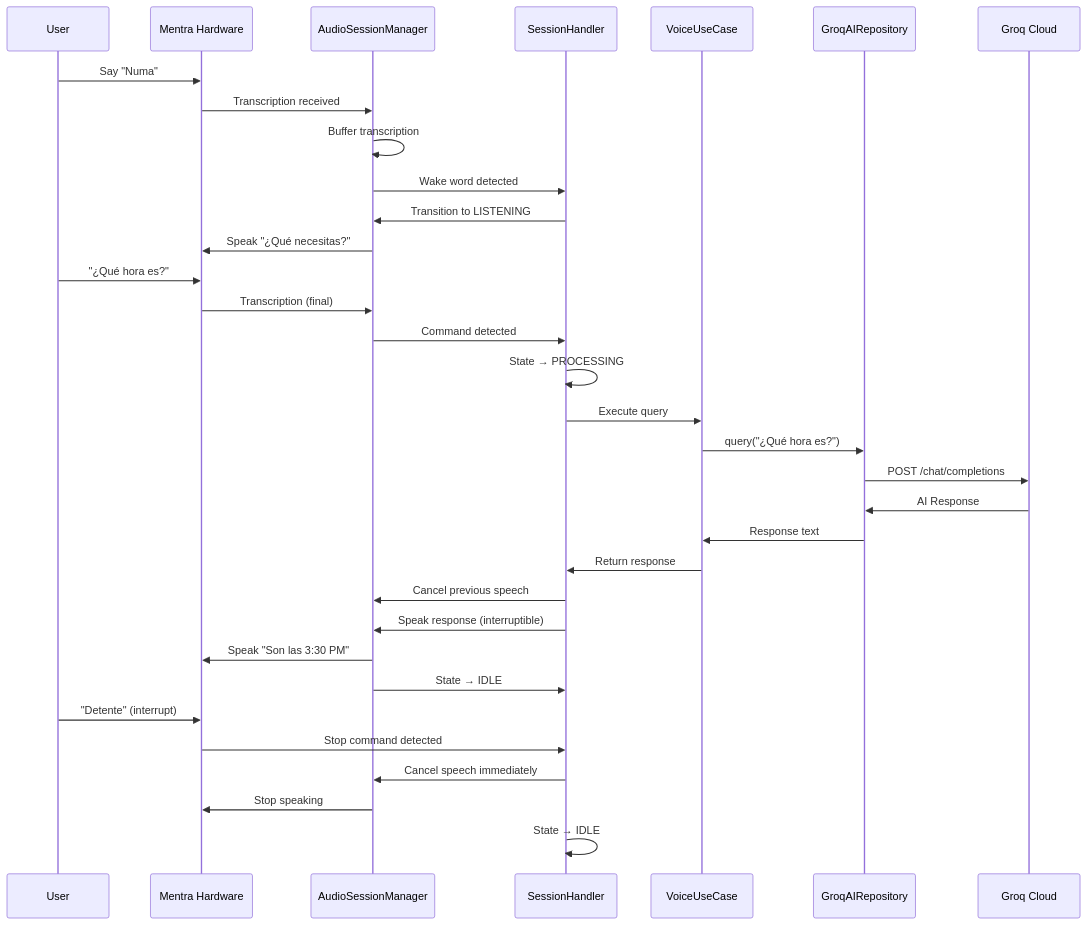
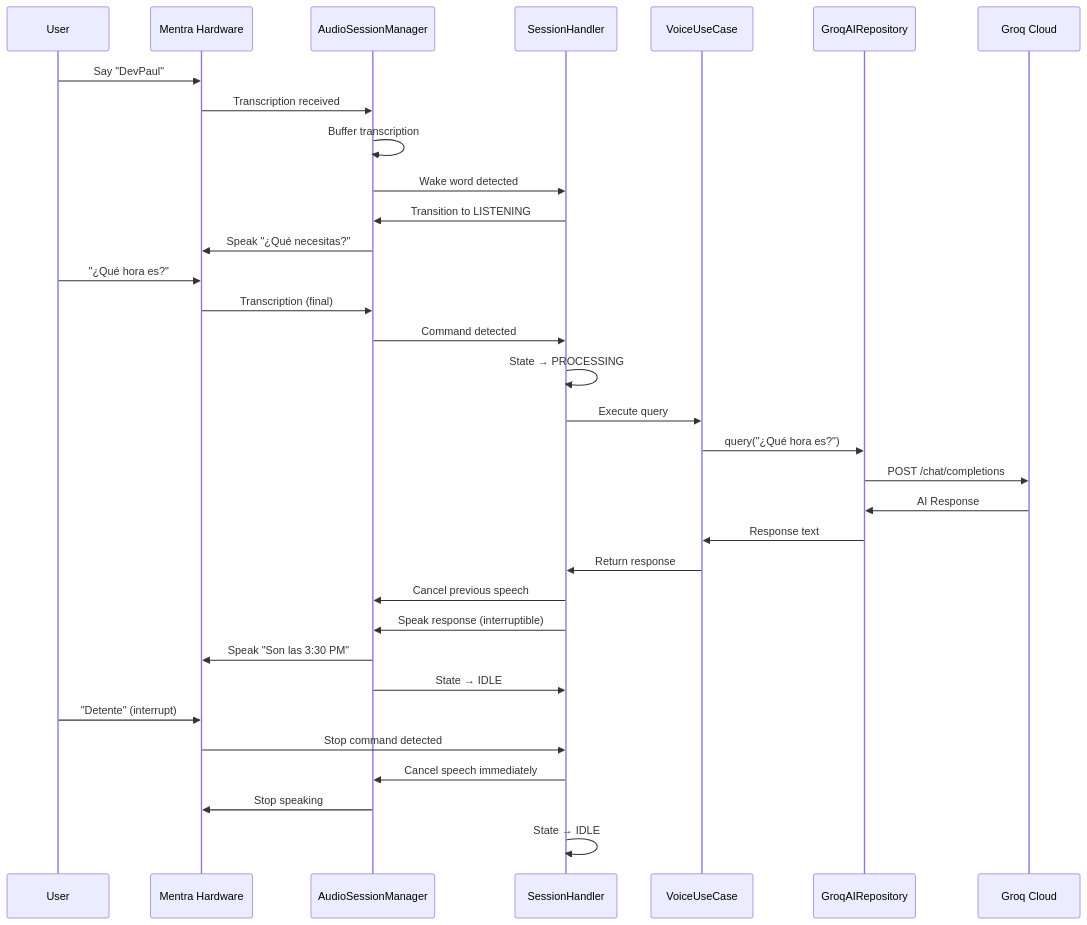
Before and after one commit to paulmrg-461/mentra_devpaul_ai: the third of 7 diagrams in ARCHITECTURE.md, drawn with Mermaid. The commit also changed other lines of this file and 12 other files, not shown here.

````diff
--- a/ARCHITECTURE.md
+++ b/ARCHITECTURE.md
@@ -77,41 +77,41 @@
 ```mermaid
 sequenceDiagram
     participant U as User
     participant HW as Mentra Hardware
     participant ASM as AudioSessionManager
     participant SH as SessionHandler
     participant VC as VoiceUseCase
     participant GRQ as GroqAIRepository
     participant API as Groq Cloud
     
-    U->>HW: Say "Numa"
+    U->>HW: Say "DevPaul"
     HW->>ASM: Transcription received
     ASM->>ASM: Buffer transcription
     ASM->>SH: Wake word detected
     
     SH->>ASM: Transition to LISTENING
     ASM->>HW: Speak "¿Qué necesitas?"
     
     U->>HW: "¿Qué hora es?"
     HW->>ASM: Transcription (final)
     ASM->>SH: Command detected
     
     SH->>SH: State → PROCESSING
     SH->>VC: Execute query
     VC->>GRQ: query("¿Qué hora es?")
     GRQ->>API: POST /chat/completions
     API->>GRQ: AI Response
     GRQ->>VC: Response text
     VC->>SH: Return response
     
     SH->>ASM: Cancel previous speech
     SH->>ASM: Speak response (interruptible)
     ASM->>HW: Speak "Son las 3:30 PM"
     ASM->>SH: State → IDLE
     
     U->>HW: "Detente" (interrupt)
     HW->>SH: Stop command detected
     SH->>ASM: Cancel speech immediately
     ASM->>HW: Stop speaking
     SH->>SH: State → IDLE
 ```
````
